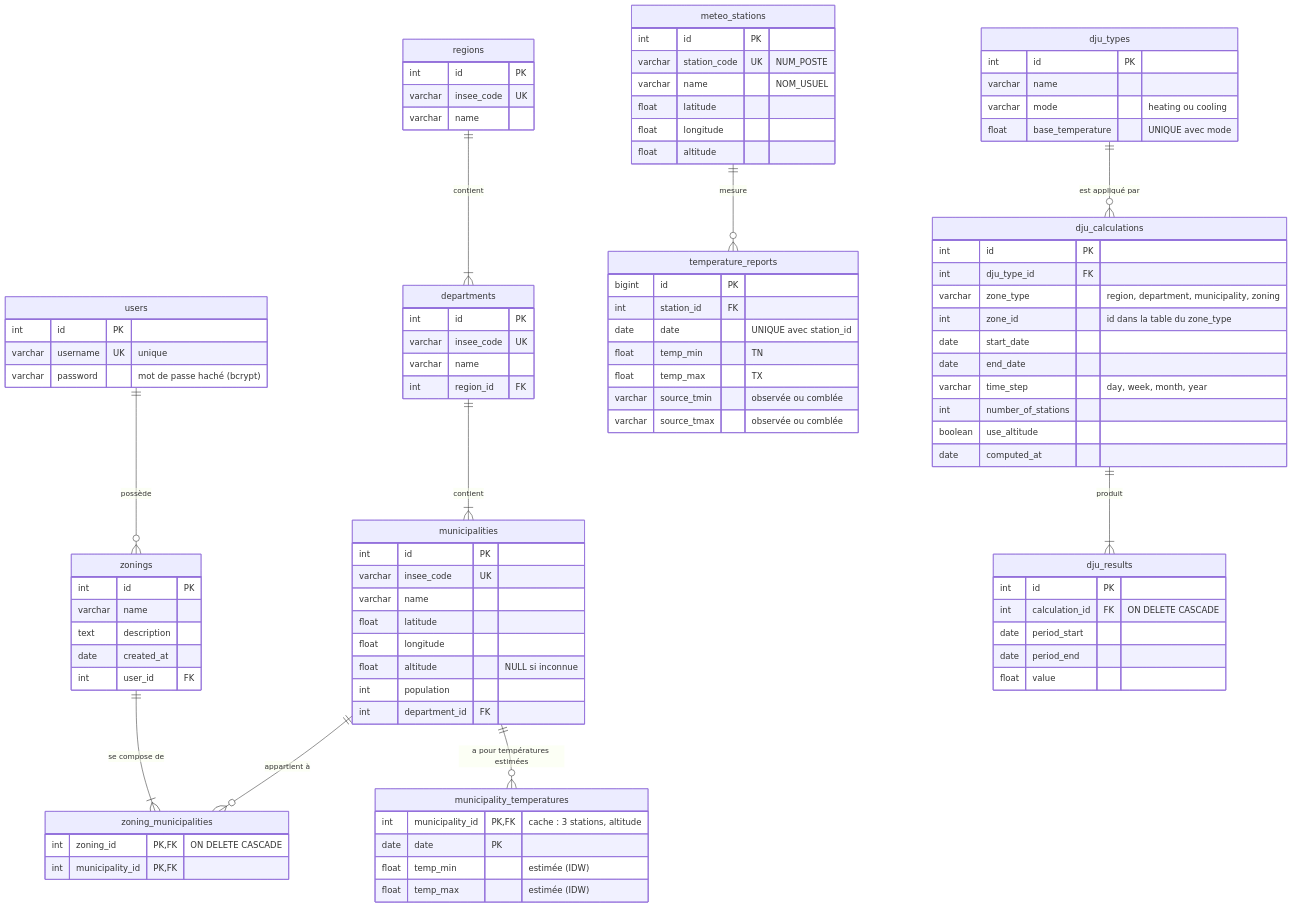
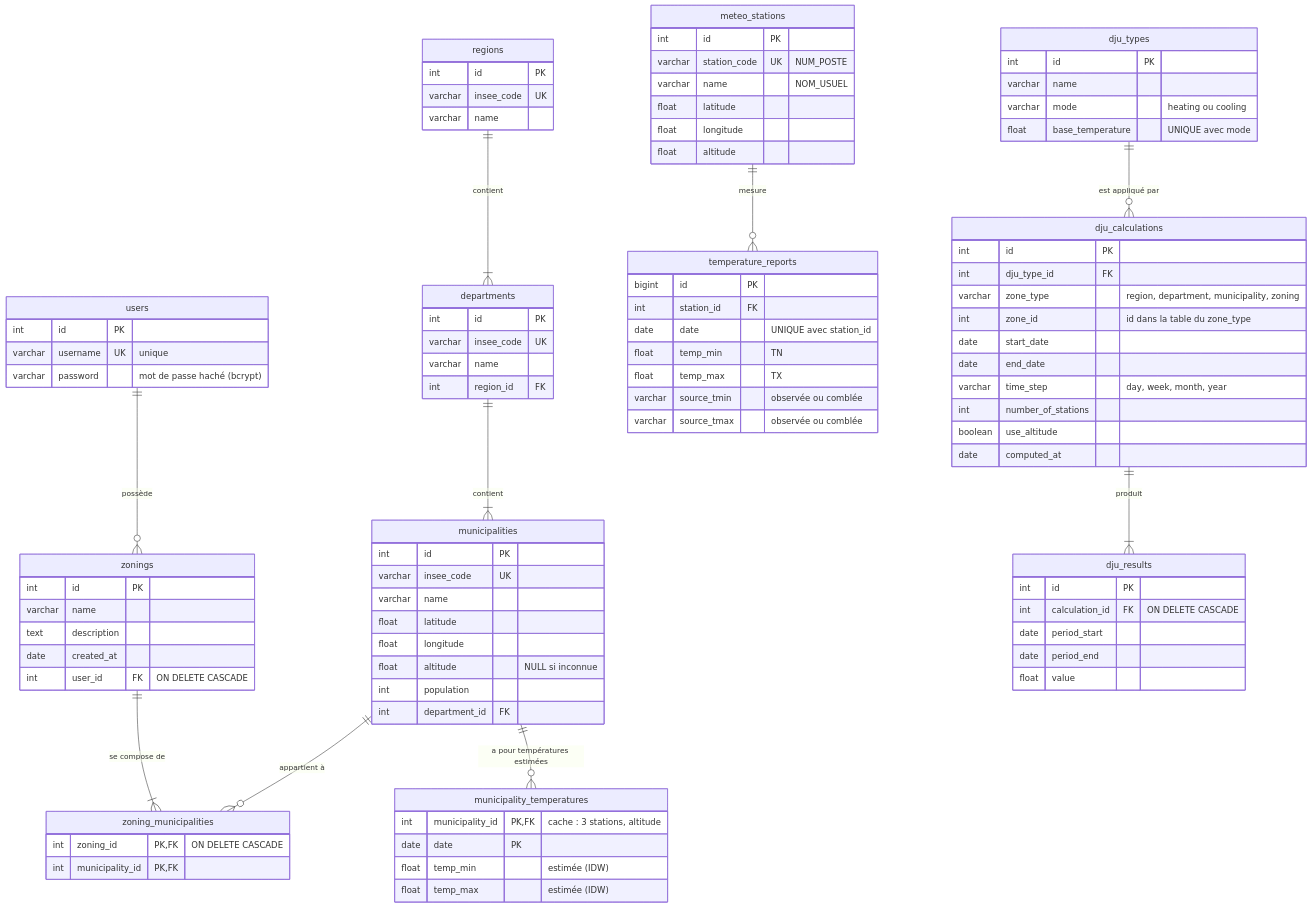
Before and after one commit to gabriel-dahan/ensai-it-project-2a-team12: the second of 16 diagrams in doc/new_diagram.md, drawn with Mermaid. The commit also changed other lines of this file and 18 other files, not shown here.

```diff
--- a/doc/new_diagram.md
+++ b/doc/new_diagram.md
@@ -266,7 +266,7 @@
         varchar name
         text description
         date created_at
-        int user_id FK
+        int user_id FK "ON DELETE CASCADE"
     }
 
     zoning_municipalities {
```
